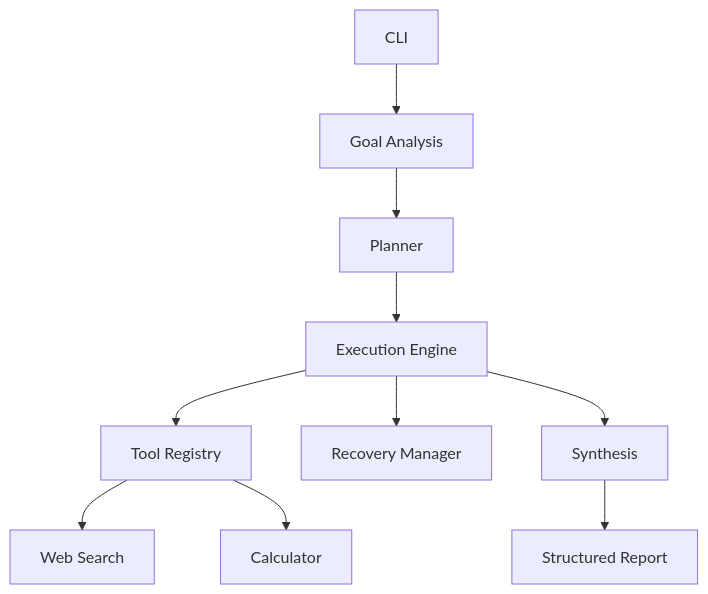
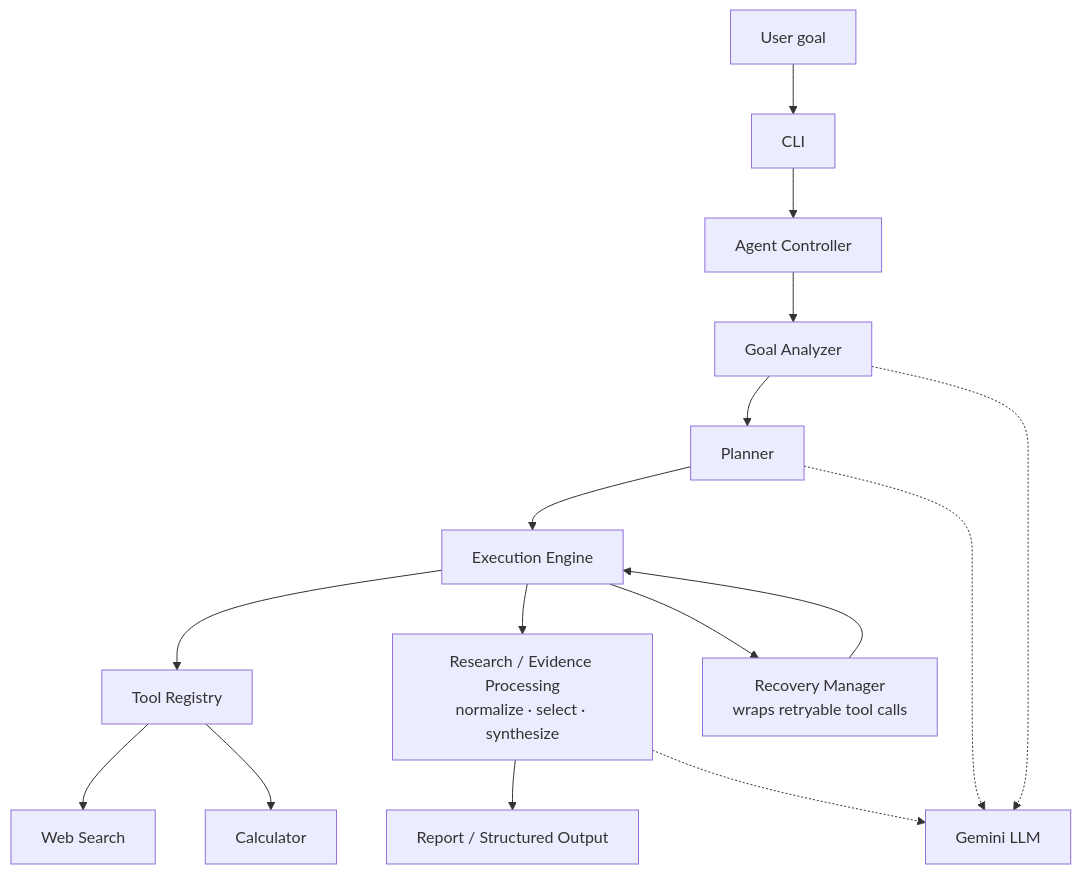
The diagram in README.md (SANDEEP-K15/agentic-research-intelligence), drawn with Mermaid before and after one commit. The commit also changed other lines of this file, not shown here.

````diff
--- a/README.md
+++ b/README.md
@@ -13,12 +31,18 @@
 ```mermaid
 flowchart TD
-    CLI["CLI"] --> Goal["Goal Analysis"]
-    Goal --> Planner["Planner"]
-    Planner --> Engine["Execution Engine"]
-    Engine --> Registry["Tool Registry"]
-    Registry --> Search["Web Search"]
-    Registry --> Calculator["Calculator"]
-    Engine --> Recovery["Recovery Manager"]
-    Engine --> Synthesis["Synthesis"]
-    Synthesis --> Report["Structured Report"]
+    U["User goal"] --> CLI["CLI"]
+    CLI --> AC["Agent Controller"]
+    AC --> GA["Goal Analyzer"]
+    GA --> PL["Planner"]
+    PL --> EE["Execution Engine"]
+    EE --> TR["Tool Registry"]
+    TR --> WS["Web Search"]
+    TR --> CALC["Calculator"]
+    EE --> REP["Research / Evidence Processing<br/>normalize · select · synthesize"]
+    EE --> RM["Recovery Manager<br/>wraps retryable tool calls"]
+    REP --> RG["Report / Structured Output"]
+    RM --> EE
+    GA -.-> LLM["Gemini LLM"]
+    PL -.-> LLM
+    REP -.-> LLM
 ```
````
